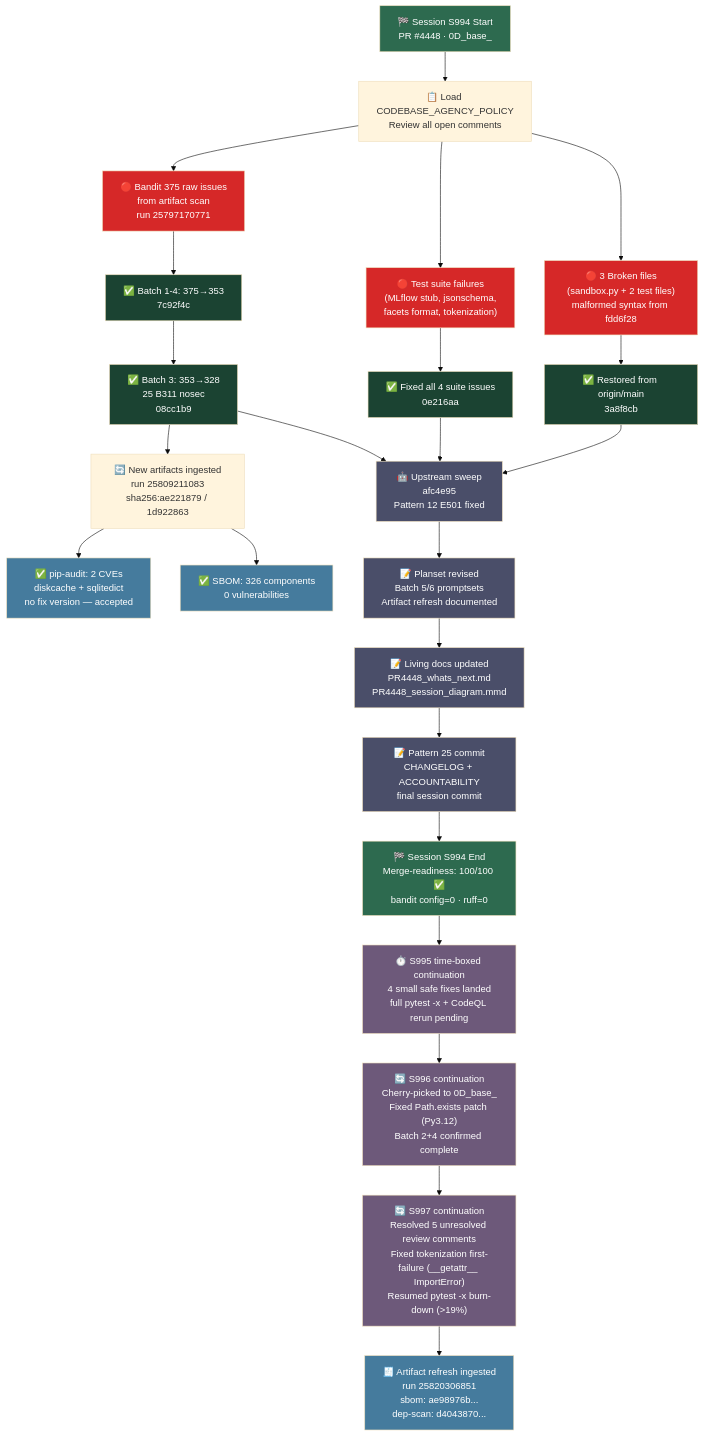
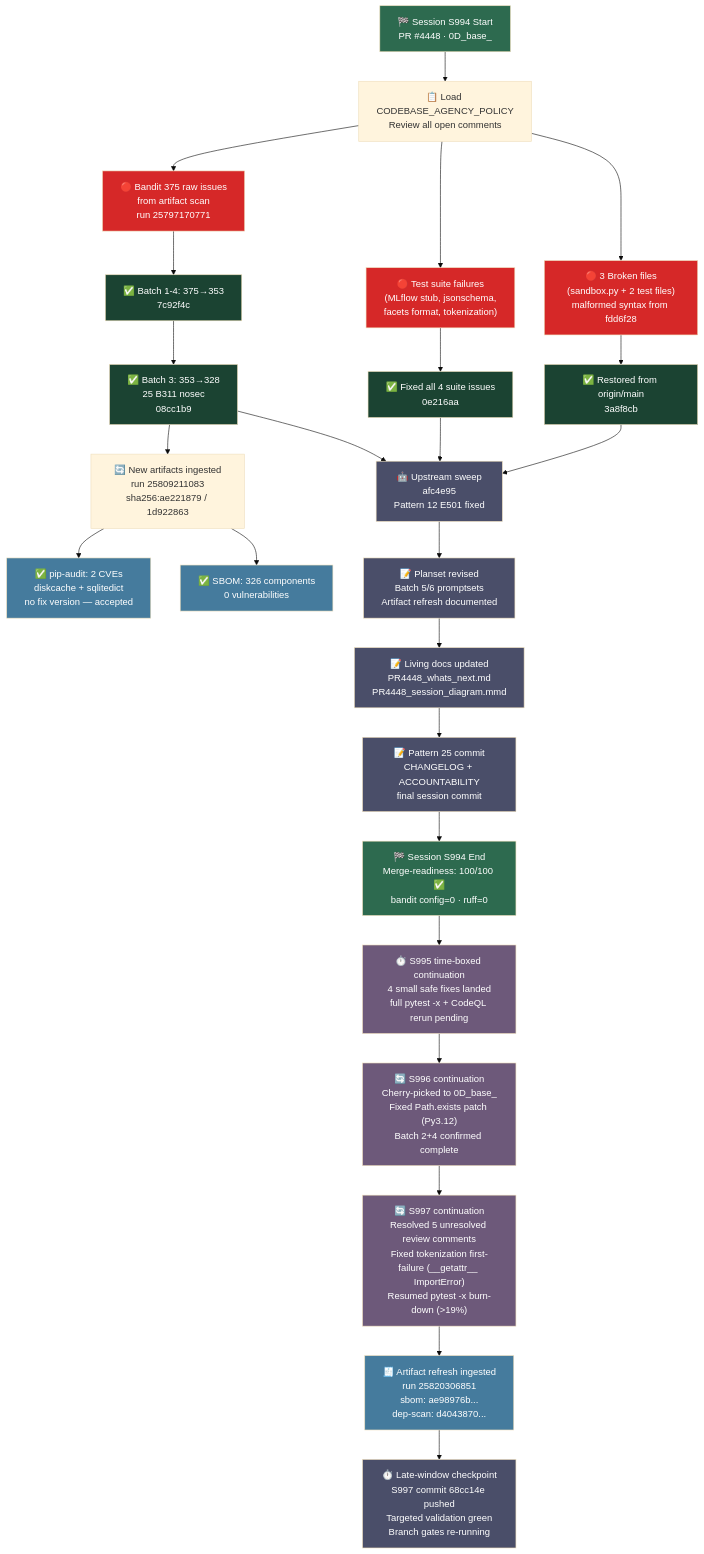
One commit to Aries-Serpent/_codex_ changed the diagram in docs/roadmap/PR4448_session_diagram.mmd. Above: the diagram before and after it, drawn with Mermaid (base theme). The commit also changed 3 other files, not shown here.

First line of the commit message:
docs: add late-window S997 status checkpoint updates

````diff
--- a/docs/roadmap/PR4448_session_diagram.mmd
+++ b/docs/roadmap/PR4448_session_diagram.mmd
@@ -1,52 +1,54 @@
 ```mermaid
 flowchart TD
     A["🏁 Session S994 Start\nPR #4448 · 0D_base_"] --> B["📋 Load CODEBASE_AGENCY_POLICY\nReview all open comments"]
 
     B --> C["🔴 3 Broken files\n(sandbox.py + 2 test files)\nmalformed syntax from fdd6f28"]
     C --> C1["✅ Restored from origin/main\n3a8f8cb"]
 
     B --> D["🔴 Test suite failures\n(MLflow stub, jsonschema,\nfacets format, tokenization)"]
     D --> D1["✅ Fixed all 4 suite issues\n0e216aa"]
 
     B --> E["🔴 Bandit 375 raw issues\nfrom artifact scan\nrun 25797170771"]
     E --> E1["✅ Batch 1-4: 375→353\n7c92f4c"]
     E1 --> E2["✅ Batch 3: 353→328\n25 B311 nosec\n08cc1b9"]
 
     E2 --> F["🔄 New artifacts ingested\nrun 25809211083\nsha256:ae221879 / 1d922863"]
     F --> F1["✅ pip-audit: 2 CVEs\ndiskcache + sqlitedict\nno fix version — accepted"]
     F --> F2["✅ SBOM: 326 components\n0 vulnerabilities"]
 
     C1 & D1 & E2 --> G["🤖 Upstream sweep\nafc4e95\nPattern 12 E501 fixed"]
 
     G --> H["📝 Planset revised\nBatch 5/6 promptsets\nArtifact refresh documented"]
 
     H --> I["📝 Living docs updated\nPR4448_whats_next.md\nPR4448_session_diagram.mmd"]
 
     I --> J["📝 Pattern 25 commit\nCHANGELOG + ACCOUNTABILITY\nfinal session commit"]
 
     J --> K["🏁 Session S994 End\nMerge-readiness: 100/100 ✅\nbandit config=0 · ruff=0"]
     K --> L["⏱️ S995 time-boxed continuation\n4 small safe fixes landed\nfull pytest -x + CodeQL rerun pending"]
     L --> M["🔄 S996 continuation\nCherry-picked to 0D_base_\nFixed Path.exists patch (Py3.12)\nBatch 2+4 confirmed complete"]
     M --> N["🔄 S997 continuation\nResolved 5 unresolved review comments\nFixed tokenization first-failure (__getattr__ ImportError)\nResumed pytest -x burn-down (>19%)"]
     N --> O["🧾 Artifact refresh ingested\nrun 25820306851\nsbom: ae98976b...\ndep-scan: d4043870..."]
+    O --> P["⏱️ Late-window checkpoint\nS997 commit 68cc14e pushed\nTargeted validation green\nBranch gates re-running"]
 
     style L fill:#6d597a,color:#fff
     style M fill:#6d597a,color:#fff
     style N fill:#6d597a,color:#fff
     style O fill:#457b9d,color:#fff
+    style P fill:#4a4e69,color:#fff
     style C fill:#d62828,color:#fff
     style D fill:#d62828,color:#fff
     style E fill:#d62828,color:#fff
     style C1 fill:#1b4332,color:#fff
     style D1 fill:#1b4332,color:#fff
     style E1 fill:#1b4332,color:#fff
     style E2 fill:#1b4332,color:#fff
     style F1 fill:#457b9d,color:#fff
     style F2 fill:#457b9d,color:#fff
     style G fill:#4a4e69,color:#fff
     style H fill:#4a4e69,color:#fff
     style I fill:#4a4e69,color:#fff
     style J fill:#4a4e69,color:#fff
     style A fill:#2d6a4f,color:#fff
     style K fill:#2d6a4f,color:#fff
 ```
````
